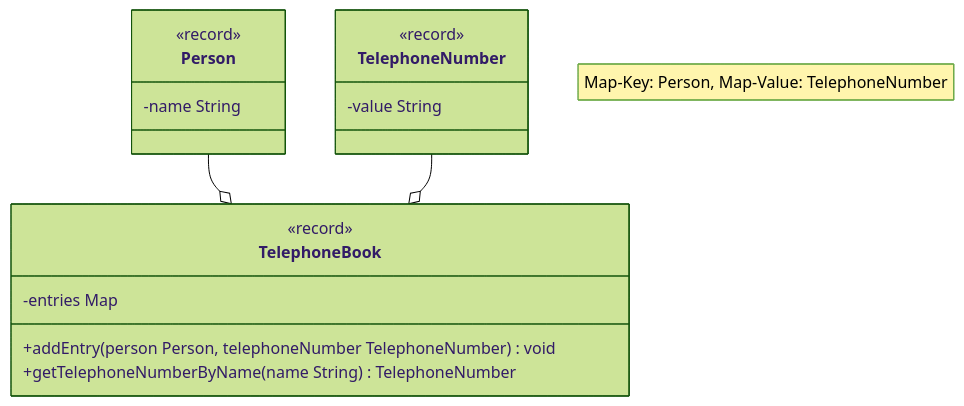
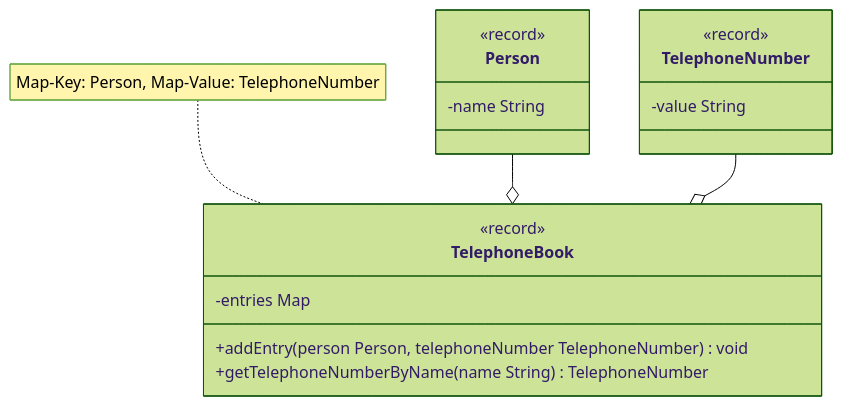
The diagram in docs/exercises/maps/maps01.md (jappuccini/java-docs), drawn with Mermaid (forest theme) before and after one commit.

````diff
--- a/docs/exercises/maps/maps01.md
+++ b/docs/exercises/maps/maps01.md
@@ -15,24 +15,24 @@
 ```mermaid
 classDiagram
     Person --o TelephoneBook
     TelephoneNumber --o TelephoneBook
 
-    note "Map-Key: Person, Map-Value: TelephoneNumber"
+    note for TelephoneBook "Map-Key: Person, Map-Value: TelephoneNumber"
 
     class Person {
         <<record>>
         -name String
     }
 
     class TelephoneNumber {
         <<record>>
         -value String
     }
 
     class TelephoneBook {
         <<record>>
         -entries Map
         +addEntry(person Person, telephoneNumber TelephoneNumber) void
         +getTelephoneNumberByName(name String) TelephoneNumber
     }
 ```
````
